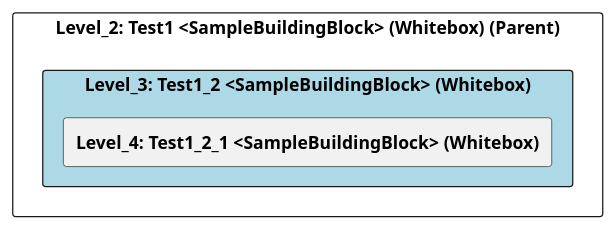
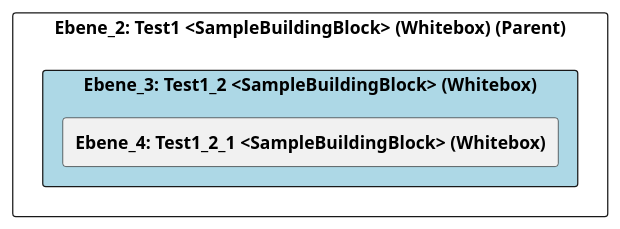
Before and after one commit to marcozwyssig/cleon: the diagram in src/cleon.architecturemethods.arc42.sample/doc/cleon_architecturemethods_arc42_sample_arc42/adoc/de/05_bausteinsicht/chess/test1/test1_2/ebene_3_test1_2.adoc, drawn with PlantUML. The commit also changed other lines of this file and 150 other files, not shown here.

```diff
--- a/src/cleon.architecturemethods.arc42.sample/doc/cleon_architecturemethods_arc42_sample_arc42/adoc/de/05_bausteinsicht/chess/test1/test1_2/ebene_3_test1_2.adoc
+++ b/src/cleon.architecturemethods.arc42.sample/doc/cleon_architecturemethods_arc42_sample_arc42/adoc/de/05_bausteinsicht/chess/test1/test1_2/ebene_3_test1_2.adoc
@@ -20,26 +20,24 @@
-[plantuml, Level_3: Test1_2 <SampleBuildingBlock> (Whitebox)BlockOverview, format="svg"]
+[plantuml, Ebene_3: Test1_2 <SampleBuildingBlock> (Whitebox)BlockOverview, format="svg"]
 ----
-@startuml Level_3: Test1_2 <SampleBuildingBlock> (Whitebox)BuildingBlockOverview
+@startuml Ebene_3: Test1_2 <SampleBuildingBlock> (Whitebox)BuildingBlockOverview
 
 skinparam ranksep 10
 skinparam componentStyle rectangle
 skinparam shadowing false
 skinparam arrowColor lightblue
 skinparam arrowThickness 1.2
 skinparam rectangle {
   BackgroundColor White
   BorderColor #333
   RoundCorner 10
 }
 top to bottom direction
 
-component "Level_2: Test1 <SampleBuildingBlock> (Whitebox) (Parent)" {
-    component "Level_3: Test1_2 <SampleBuildingBlock> (Whitebox)" #lightblue {
-        [**Level_4: Test1_2_1 <SampleBuildingBlock> (Whitebox)**] as 4965EE24_D579_11EE_903E_9F564E4DE07E
+component "Ebene_2: Test1 <SampleBuildingBlock> (Whitebox) (Parent)" {
+    component "Ebene_3: Test1_2 <SampleBuildingBlock> (Whitebox)" #lightblue {
+        [**Ebene_4: Test1_2_1 <SampleBuildingBlock> (Whitebox)**] as 4965EE24_D579_11EE_903E_9F564E4DE07E
     }
-
-    
 }
 
 @enduml
 ----
```
